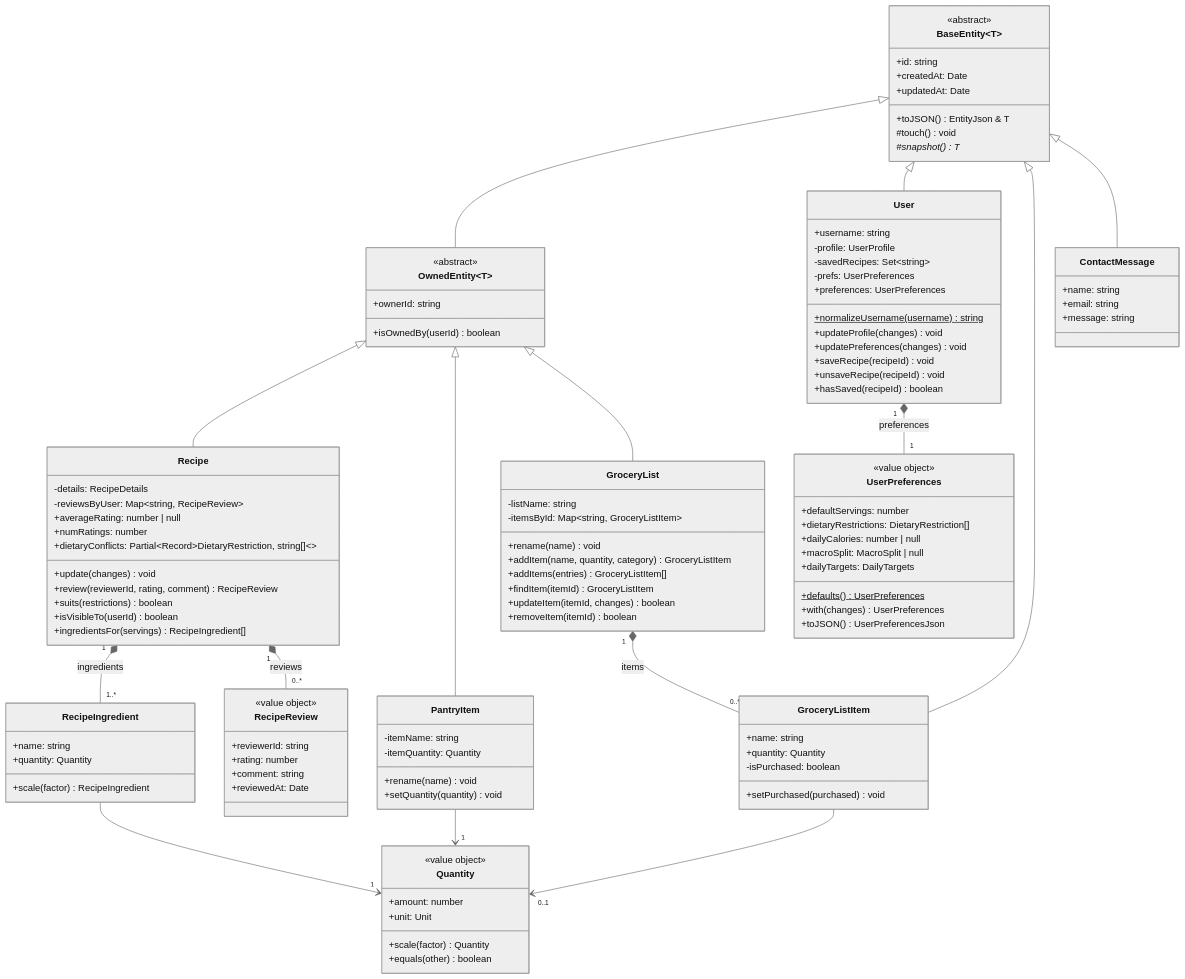
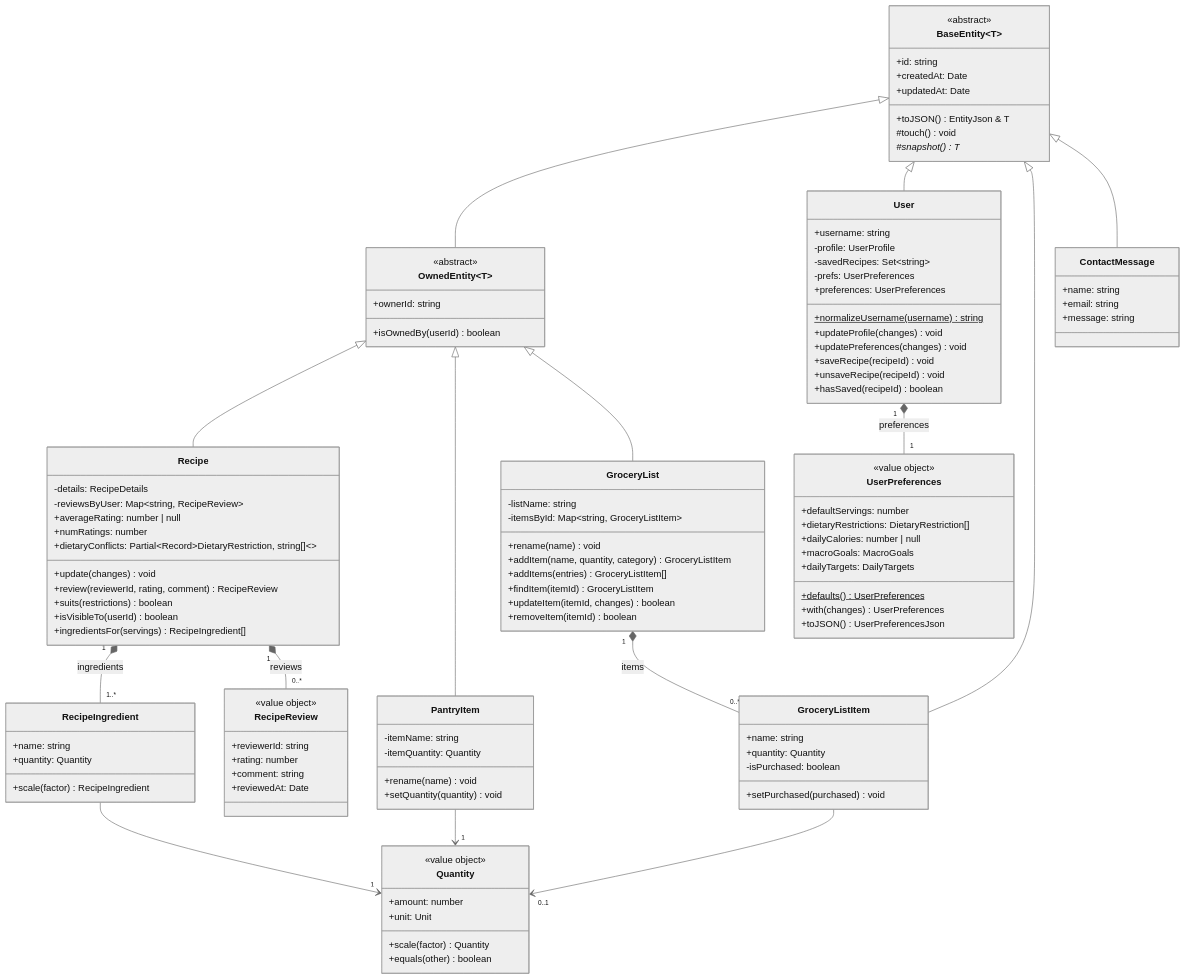
Before and after one commit to max1dyer/PlateUp: the second of 2 diagrams in docs/DESIGN.md, drawn with Mermaid (neutral theme). The commit also changed other lines of this file and 13 other files, not shown here.

```diff
--- a/docs/DESIGN.md
+++ b/docs/DESIGN.md
@@ -163,7 +163,7 @@
     +defaultServings: number
     +dietaryRestrictions: DietaryRestriction[]
     +dailyCalories: number | null
-    +macroSplit: MacroSplit | null
+    +macroGoals: MacroGoals
     +dailyTargets: DailyTargets
     +defaults()$ UserPreferences
     +with(changes) UserPreferences
```
